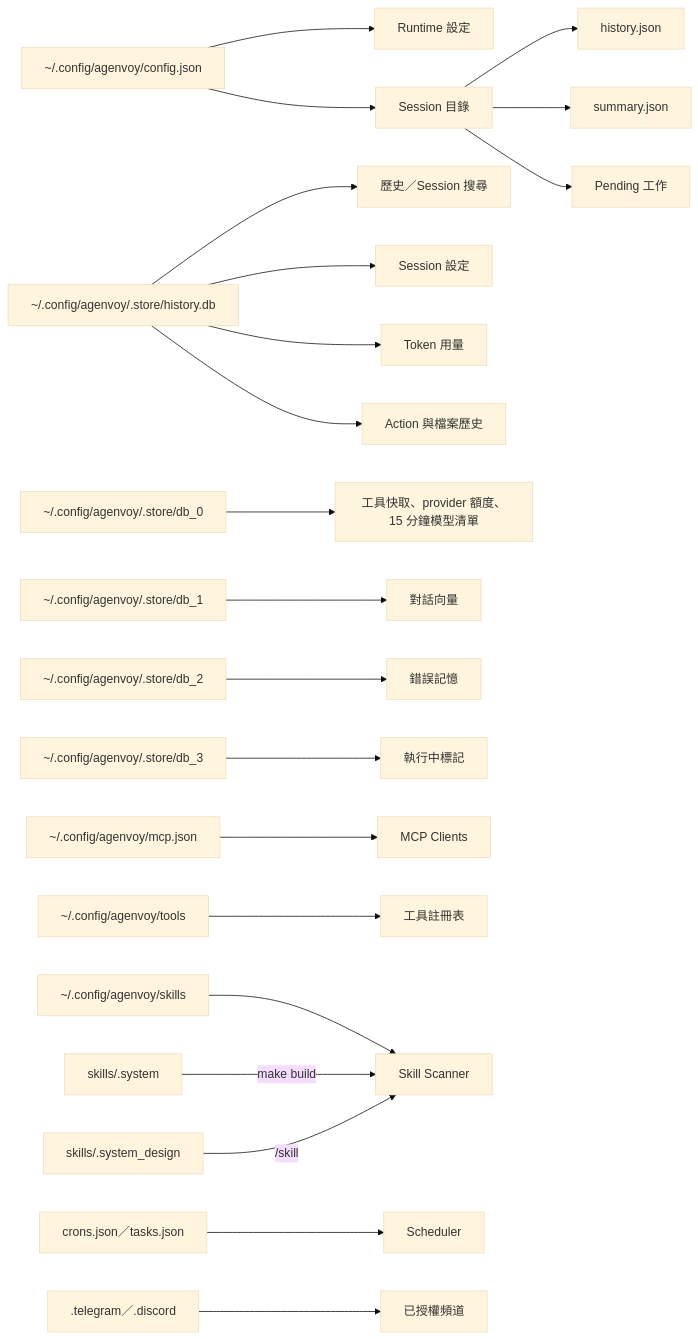
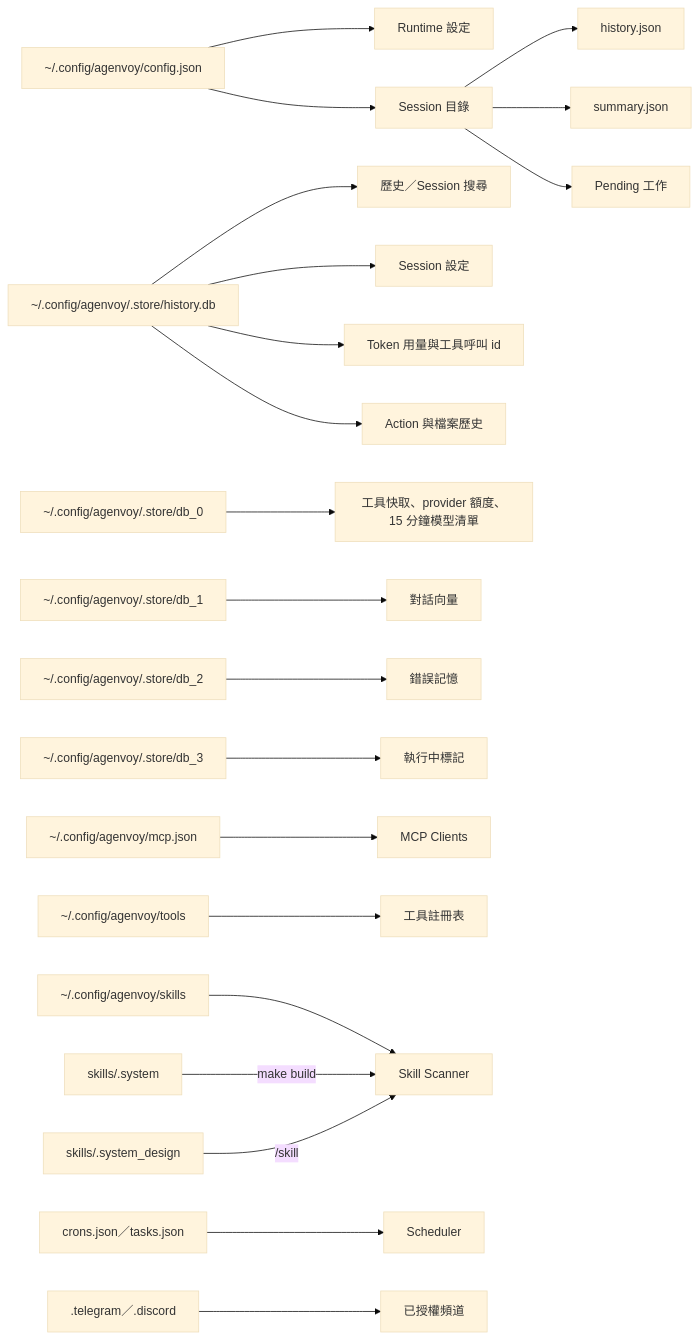
One commit to agenvoy/Agenvoy changed the ninth of 9 diagrams in doc/architecture.zh.md. Above: the diagram before and after it, drawn with Mermaid (base theme). The commit also changed other lines of this file and 3 other files, not shown here.

Commit message:
doc: Document long-context provider ranking and tool schema cache behavior

````diff
--- a/doc/architecture.zh.md
+++ b/doc/architecture.zh.md
@@ -196,23 +196,23 @@
 ```mermaid
 flowchart LR
     Config[~/.config/agenvoy/config.json] --> Runtime[Runtime 設定]
     Config --> Sessions[Session 目錄]
     Sessions --> History[history.json]
     Sessions --> Summary[summary.json]
     Sessions --> Pending[Pending 工作]
     SQLite[~/.config/agenvoy/.store/history.db] --> Search[歷史／Session 搜尋]
     SQLite --> SessionConfig[Session 設定]
-    SQLite --> Usage[Token 用量]
+    SQLite --> Usage[Token 用量與工具呼叫 id]
     SQLite --> ActionHistory[Action 與檔案歷史]
     Torii0[~/.config/agenvoy/.store/db_0] --> ToolCache[工具快取、provider 額度、15 分鐘模型清單]
     Torii1[~/.config/agenvoy/.store/db_1] --> SessionMemory[對話向量]
     Torii2[~/.config/agenvoy/.store/db_2] --> ErrorMemory[錯誤記憶]
     Torii3[~/.config/agenvoy/.store/db_3] --> Online[執行中標記]
     MCP[~/.config/agenvoy/mcp.json] --> MCPClients[MCP Clients]
     Tools[~/.config/agenvoy/tools] --> Registry[工具註冊表]
     Skills[~/.config/agenvoy/skills] --> Scanner[Skill Scanner]
     SystemSkills[skills/.system] -->|make build| Scanner
     DesignSkills[skills/.system_design] -->|/skill| Scanner
     Schedules[crons.json／tasks.json] --> Scheduler[Scheduler]
     Auth[.telegram／.discord] --> Channels[已授權頻道]
 ```
````
